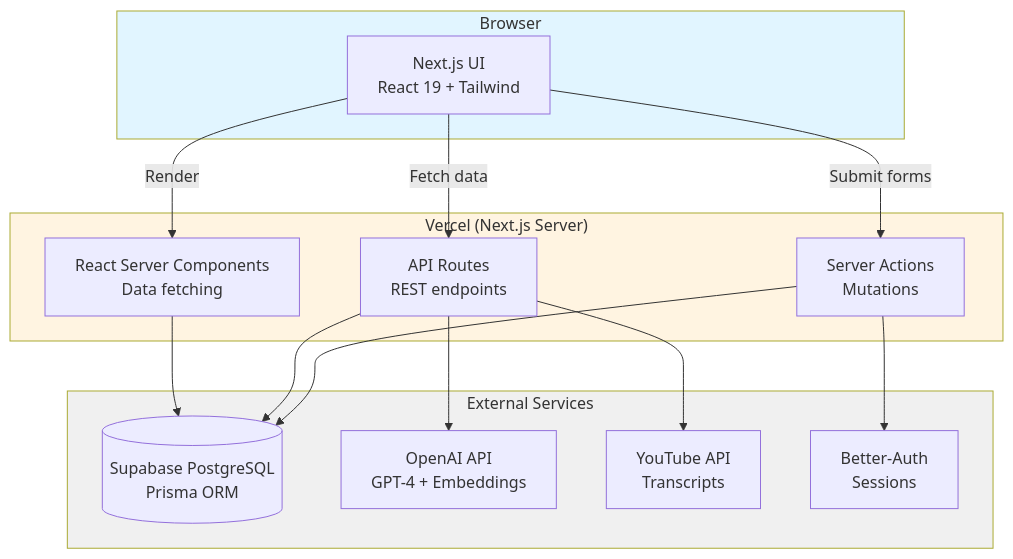
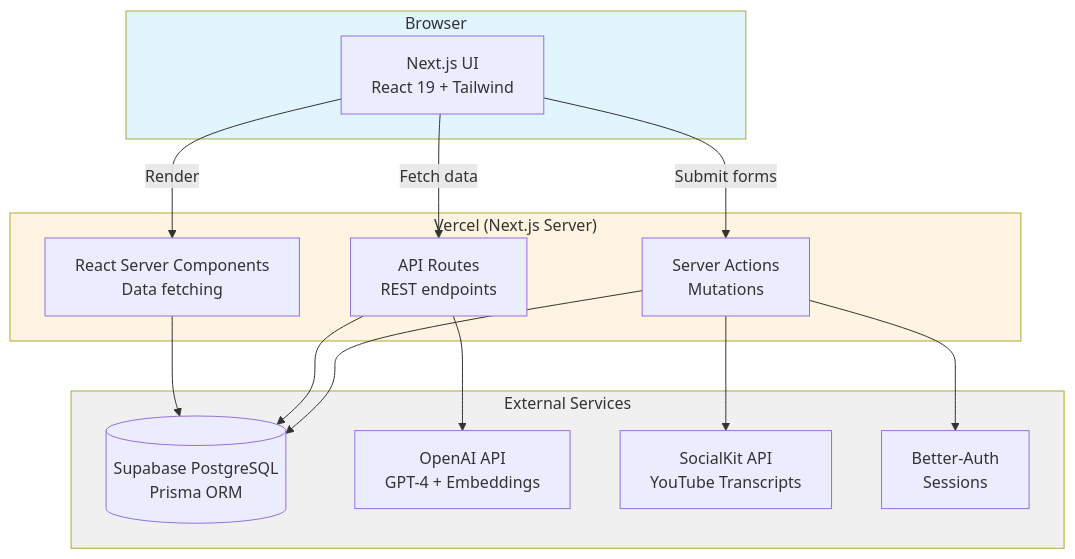
One commit to hugoganet/hack_the_gap changed the second of 3 diagrams in documentation_starter_pack/docs/architecture.md. Above: the diagram before and after it, drawn with Mermaid. The commit also changed other lines of this file and 18 other files, not shown here.

````diff
--- a/documentation_starter_pack/docs/architecture.md
+++ b/documentation_starter_pack/docs/architecture.md
@@ -52,35 +52,35 @@
 ```mermaid
 flowchart TB
     subgraph Browser["Browser"]
         UI[Next.js UI<br/>React 19 + Tailwind]
     end
     
     subgraph Vercel["Vercel (Next.js Server)"]
         RSC[React Server Components<br/>Data fetching]
         API[API Routes<br/>REST endpoints]
         SA[Server Actions<br/>Mutations]
     end
     
     subgraph External["External Services"]
         DB[(Supabase PostgreSQL<br/>Prisma ORM)]
         AI[OpenAI API<br/>GPT-4 + Embeddings]
-        YT[YouTube API<br/>Transcripts]
+        SK[SocialKit API<br/>YouTube Transcripts]
         Auth[Better-Auth<br/>Sessions]
     end
     
     UI -->|Render| RSC
     UI -->|Fetch data| API
     UI -->|Submit forms| SA
     
     RSC --> DB
     API --> DB
     SA --> DB
     
     API --> AI
-    API --> YT
+    SA --> SK
     SA --> Auth
     
     style Browser fill:#e1f5ff
     style Vercel fill:#fff4e1
     style External fill:#f0f0f0
 ```
````
